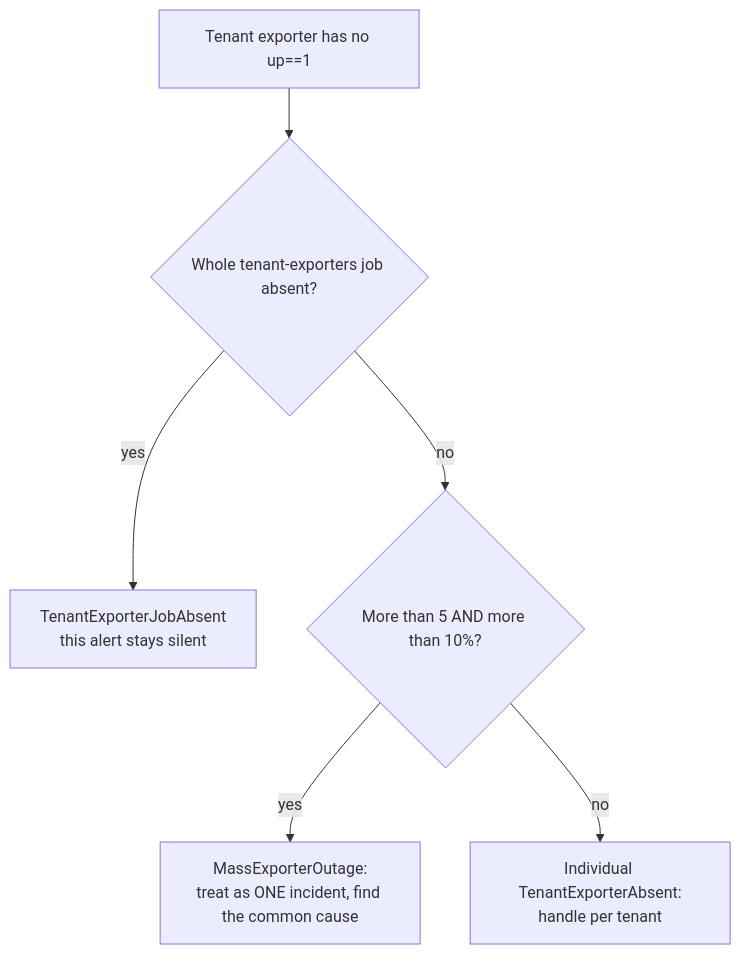
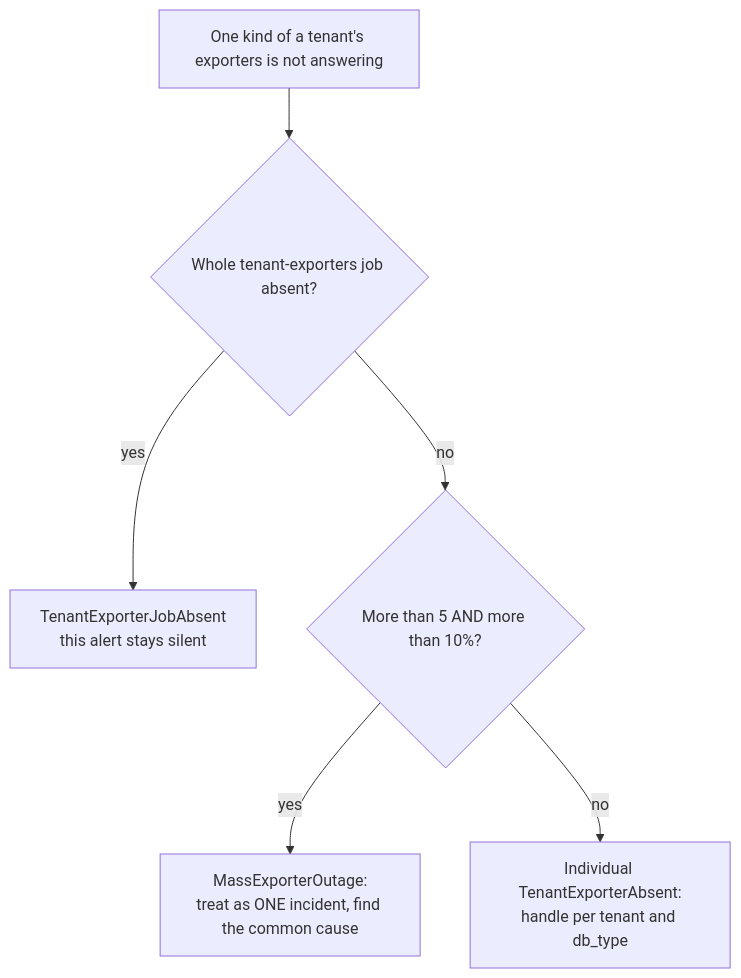
Before and after one commit to vencil/Dynamic-Alerting-Integrations: the second of 2 diagrams in docs/integration/troubleshooting-checklist.en.md, drawn with Mermaid. The commit also changed other lines of this file and 69 other files, not shown here.

First line of the commit message:
feat(rule-packs)!: exporter 存活改以租戶 × db_type 判斷，db_type 可寫成列表（#3771）

````diff
--- a/docs/integration/troubleshooting-checklist.en.md
+++ b/docs/integration/troubleshooting-checklist.en.md
@@ -1186,8 +1186,8 @@
 ```mermaid
 flowchart TD
-    A[Tenant exporter has no up==1] --> B{Whole tenant-exporters job absent?}
+    A[One kind of a tenant's exporters is not answering] --> B{Whole tenant-exporters job absent?}
     B -- yes --> J[TenantExporterJobAbsent<br/>this alert stays silent]
     B -- no --> C{More than 5 AND more than 10%?}
     C -- yes --> M[MassExporterOutage:<br/>treat as ONE incident, find the common cause]
-    C -- no --> T[Individual TenantExporterAbsent:<br/>handle per tenant]
+    C -- no --> T[Individual TenantExporterAbsent:<br/>handle per tenant and db_type]
 ```
````
